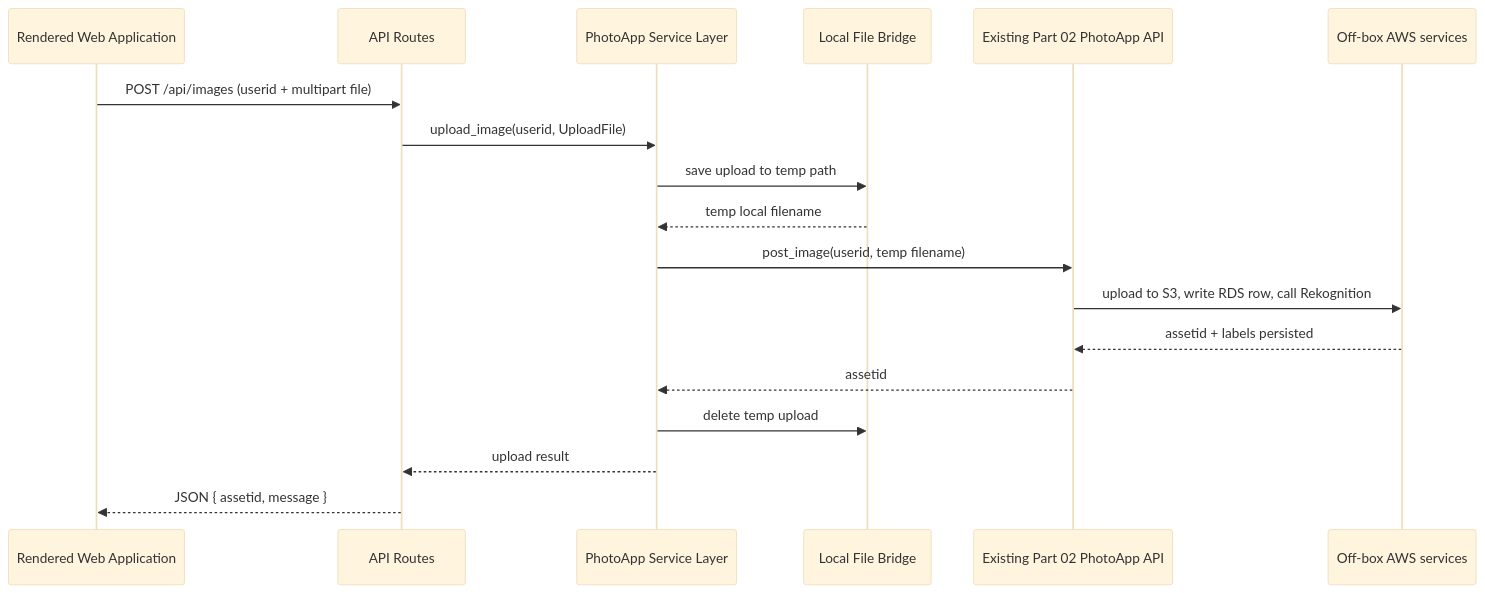
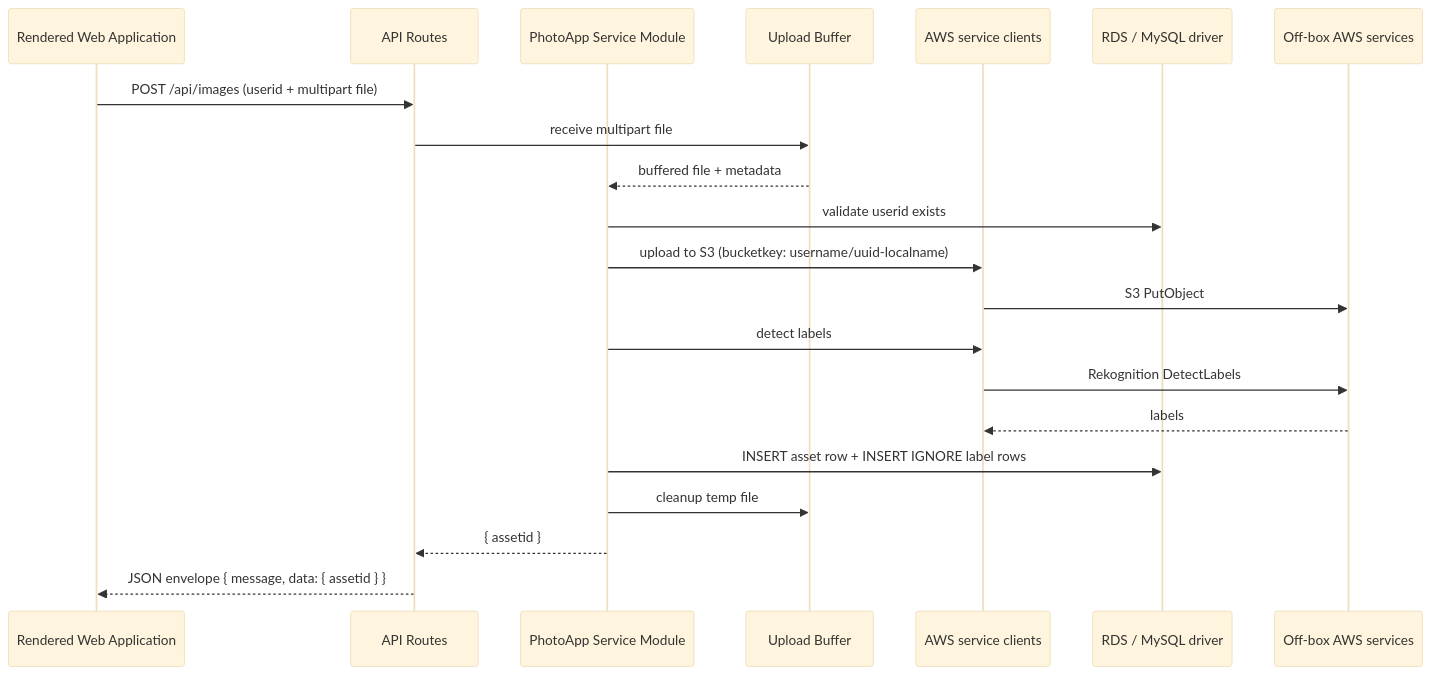
The fourth of 5 diagrams in visualizations/Target-State-project01-part03-photoapp-architecture-v1.md (ebber/MBAi460-Group1), drawn with Mermaid (base theme) before and after one commit. The commit also changed other lines of this file and 8 other files, not shown here.

````diff
--- a/visualizations/Target-State-project01-part03-photoapp-architecture-v1.md
+++ b/visualizations/Target-State-project01-part03-photoapp-architecture-v1.md
@@ -245,21 +254,24 @@
 ```mermaid
 sequenceDiagram
   participant WebApp as Rendered Web Application
   participant Route as API Routes
-  participant Service as PhotoApp Service Layer
-  participant Files as Local File Bridge
-  participant Part02 as Existing Part 02 PhotoApp API
+  participant Service as PhotoApp Service Module
+  participant Upload as Upload Buffer
+  participant AWSClients as AWS service clients
+  participant DB as RDS / MySQL driver
   participant AWS as Off-box AWS services
 
   WebApp->>Route: POST /api/images (userid + multipart file)
-  Route->>Service: upload_image(userid, UploadFile)
-  Service->>Files: save upload to temp path
-  Files-->>Service: temp local filename
-  Service->>Part02: post_image(userid, temp filename)
-  Part02->>AWS: upload to S3, write RDS row, call Rekognition
-  AWS-->>Part02: assetid + labels persisted
-  Part02-->>Service: assetid
-  Service->>Files: delete temp upload
-  Service-->>Route: upload result
-  Route-->>WebApp: JSON { assetid, message }
+  Route->>Upload: receive multipart file
+  Upload-->>Service: buffered file + metadata
+  Service->>DB: validate userid exists
+  Service->>AWSClients: upload to S3 (bucketkey: username/uuid-localname)
+  AWSClients->>AWS: S3 PutObject
+  Service->>AWSClients: detect labels
+  AWSClients->>AWS: Rekognition DetectLabels
+  AWS-->>AWSClients: labels
+  Service->>DB: INSERT asset row + INSERT IGNORE label rows
+  Service->>Upload: cleanup temp file
+  Service-->>Route: { assetid }
+  Route-->>WebApp: JSON envelope { message, data: { assetid } }
 ```
````
